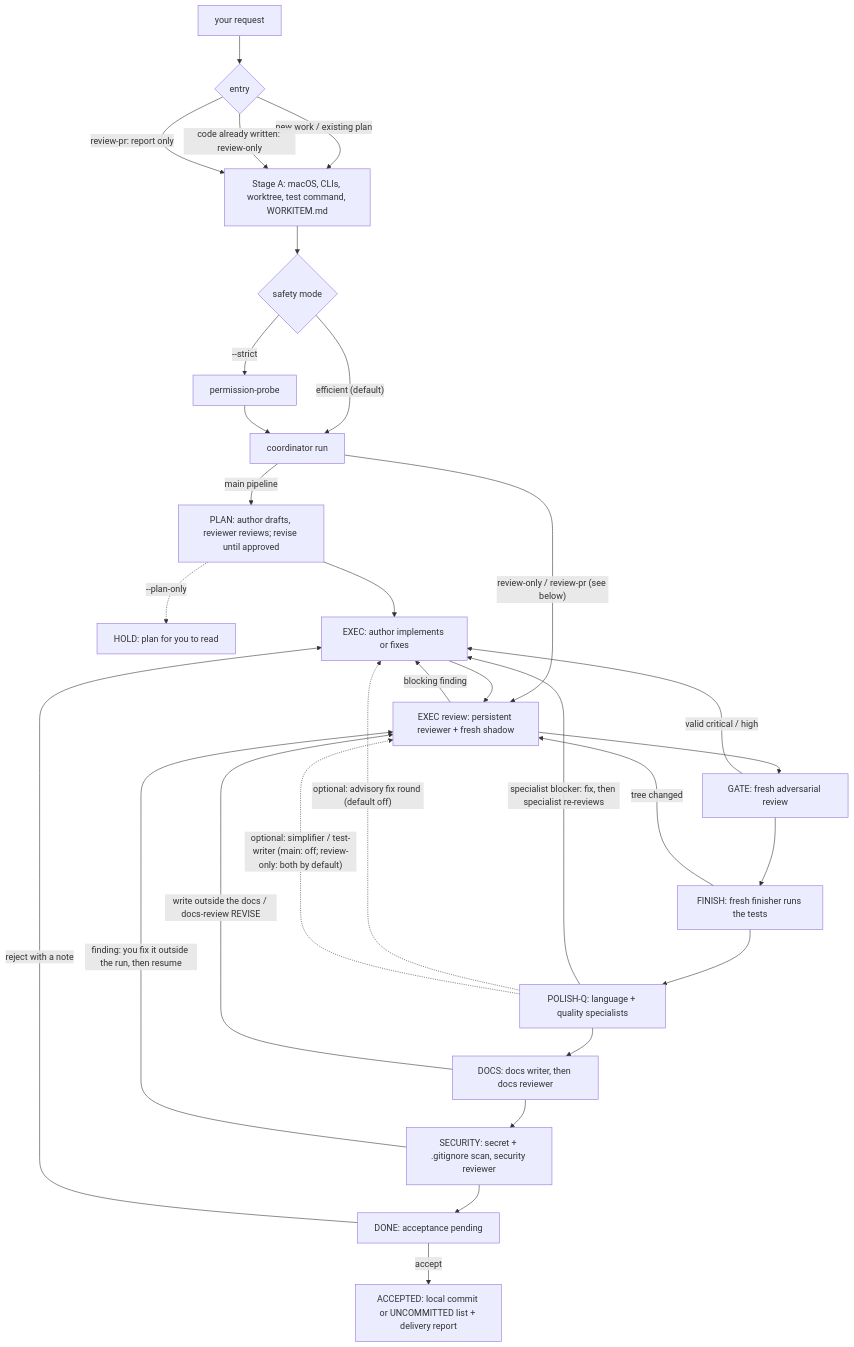
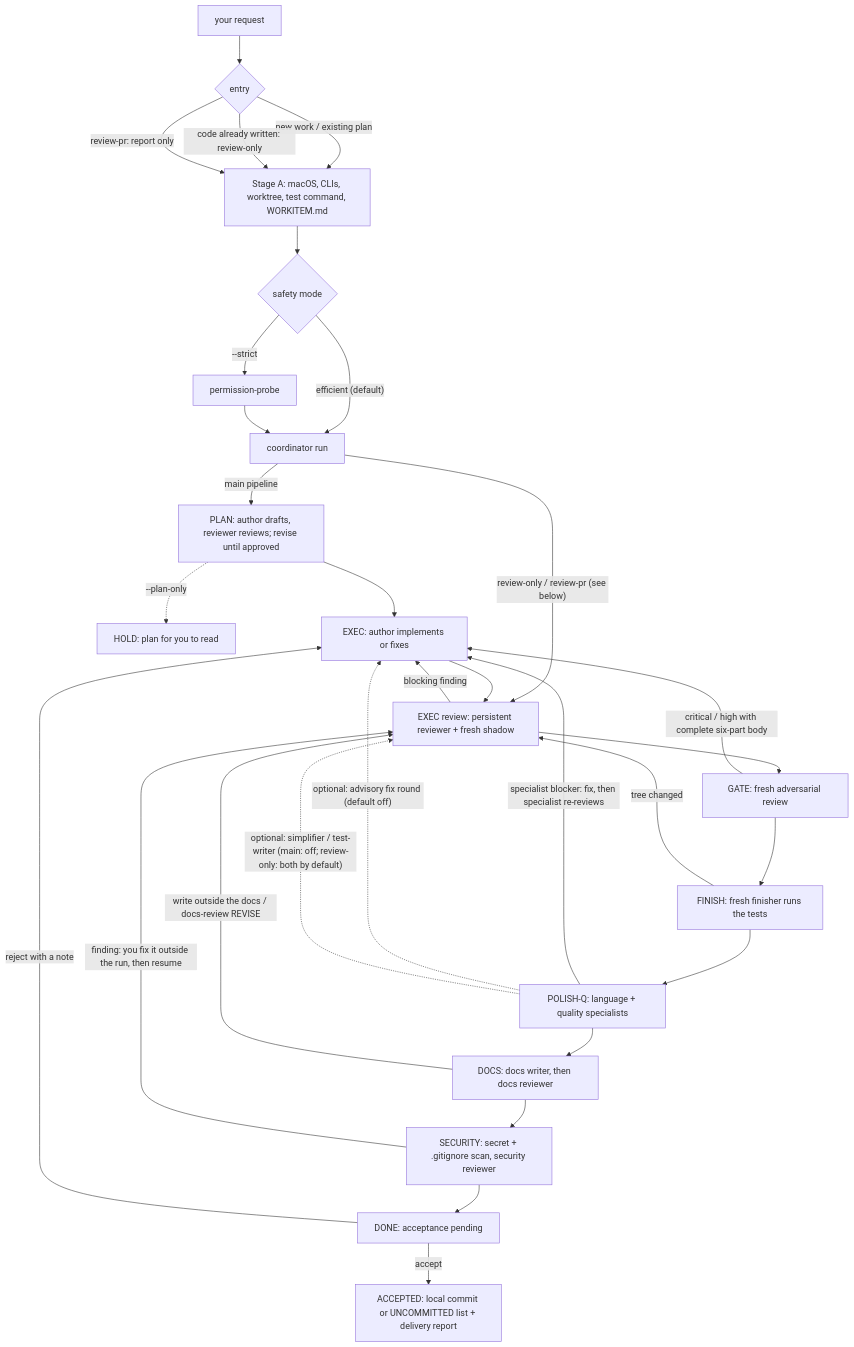
One commit to NYTC69/review-loop changed the diagram in README.md. Above: the diagram before and after it, drawn with Mermaid. The commit also changed 7 other files, not shown here.

````diff
--- a/README.md
+++ b/README.md
@@ -197,31 +197,31 @@
 ```mermaid
 flowchart TD
   U["your request"] --> E{"entry"}
   E -->|"new work / existing plan"| SA
   E -->|"code already written: review-only"| SA
   E -->|"review-pr: report only"| SA
   SA["Stage A: macOS, CLIs, worktree, test command, WORKITEM.md"] --> M{"safety mode"}
   M -->|"efficient (default)"| RUN["coordinator run"]
   M -->|"--strict"| PB["permission-probe"] --> RUN
   RUN -->|"main pipeline"| PLAN["PLAN: author drafts, reviewer reviews; revise until approved"]
   RUN -->|"review-only / review-pr (see below)"| REV
   PLAN -.->|"--plan-only"| HP["HOLD: plan for you to read"]
   PLAN --> AUTH["EXEC: author implements or fixes"]
   AUTH --> REV["EXEC review: persistent reviewer + fresh shadow"]
   REV -->|"blocking finding"| AUTH
   REV --> G["GATE: fresh adversarial review"]
-  G -->|"valid critical / high"| AUTH
+  G -->|"critical / high with complete six-part body"| AUTH
   G --> F["FINISH: fresh finisher runs the tests"]
   F -->|"tree changed"| REV
   F --> Q["POLISH-Q: language + quality specialists"]
   Q -->|"specialist blocker: fix, then specialist re-reviews"| AUTH
   Q -.->|"optional: advisory fix round (default off)"| AUTH
   Q -.->|"optional: simplifier / test-writer (main: off; review-only: both by default)"| REV
   Q --> D["DOCS: docs writer, then docs reviewer"]
   D -->|"write outside the docs / docs-review REVISE"| REV
   D --> S["SECURITY: secret + .gitignore scan, security reviewer"]
   S -->|"finding: you fix it outside the run, then resume"| REV
   S --> DONE["DONE: acceptance pending"]
   DONE -->|"accept"| ACC["ACCEPTED: local commit or UNCOMMITTED list + delivery report"]
   DONE -->|"reject with a note"| AUTH
 ```
````
